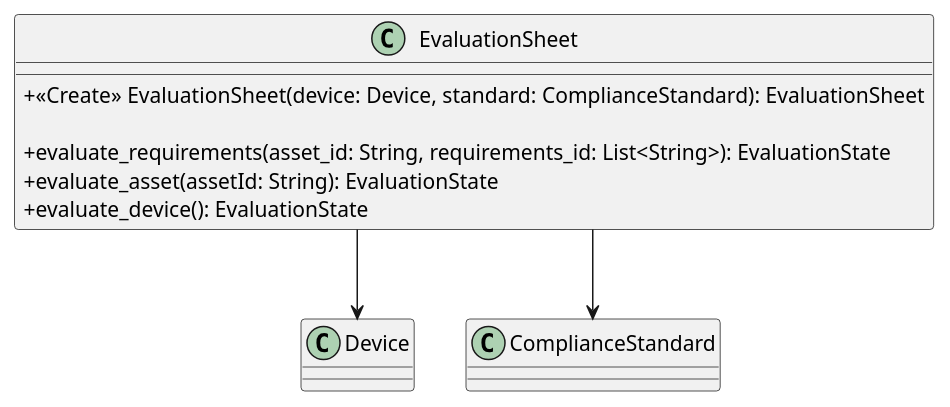
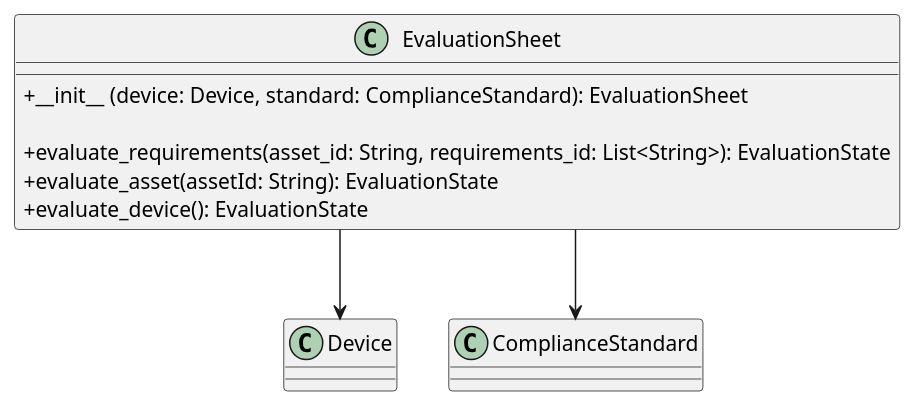
One commit to GroupRubberDuck/Documentazione changed the diagram in src/PB/DocumentazioneEsterna/Specifica_Tecnica/content/uml/puml/Diagrammi_classi/Dominio/EvaluationSheet.puml. Above: the diagram before and after it, drawn with PlantUML. The commit also changed 6 other files, not shown here.

```diff
--- a/src/PB/DocumentazioneEsterna/Specifica_Tecnica/content/uml/puml/Diagrammi_classi/Dominio/EvaluationSheet.puml
+++ b/src/PB/DocumentazioneEsterna/Specifica_Tecnica/content/uml/puml/Diagrammi_classi/Dominio/EvaluationSheet.puml
@@ -1,17 +1,17 @@
 @startuml EvaluationSheet
 skinparam linetype ortho
 skinparam classAttributeIconSize 0
 
 class EvaluationSheet {
     ' - compliance_standard: ComplianceStandard
     ' - device: Device
 
-    + <<Create>> EvaluationSheet(device: Device, standard: ComplianceStandard): EvaluationSheet
+    + __init__ (device: Device, standard: ComplianceStandard): EvaluationSheet
 
     + evaluate_requirements(asset_id: String, requirements_id: List<String>): EvaluationState
     + evaluate_asset(assetId: String): EvaluationState
     + evaluate_device(): EvaluationState
 }
 EvaluationSheet --> Device
 EvaluationSheet --> ComplianceStandard
 @enduml
```
